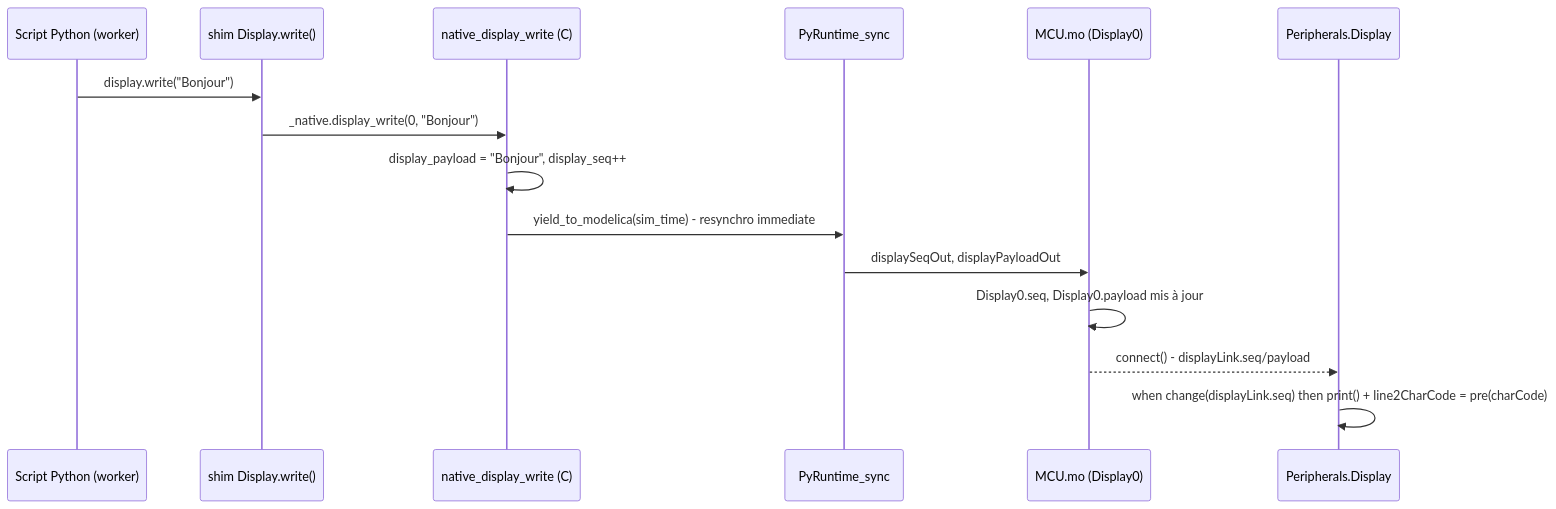
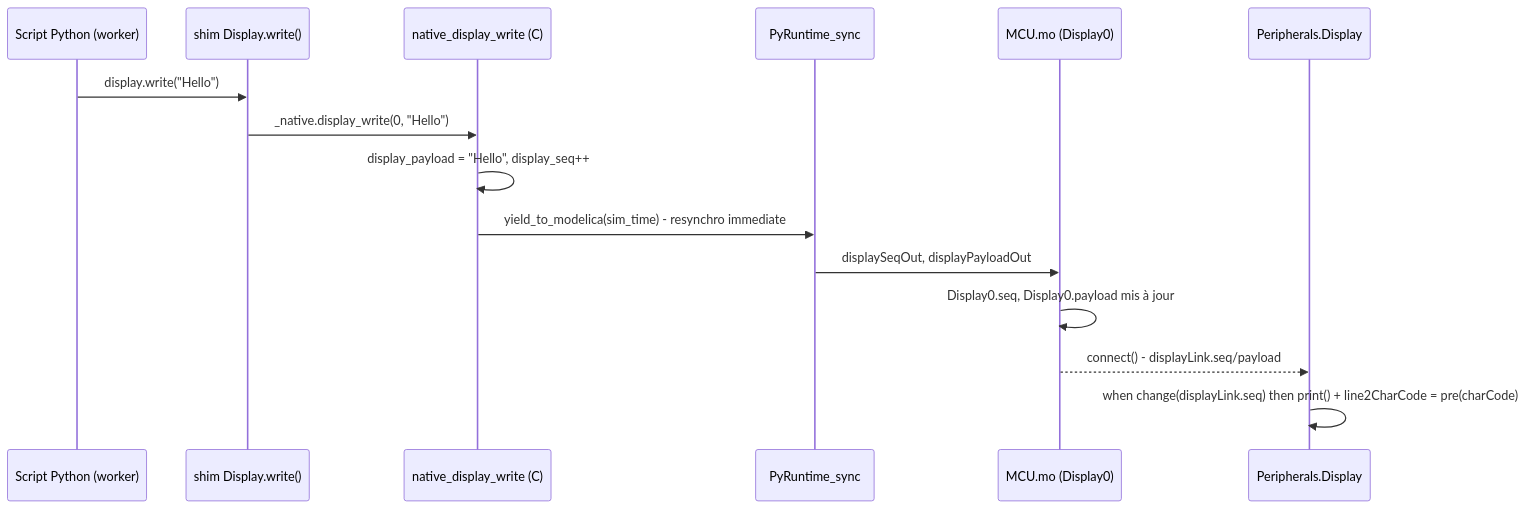
One commit to bdelaup/modelica_micropython changed the second of 2 diagrams in docs/fr/interne/display.md. Above: the diagram before and after it, drawn with Mermaid. The commit also changed other lines of this file and 164 other files, not shown here.

````diff
--- a/docs/fr/interne/display.md
+++ b/docs/fr/interne/display.md
@@ -40,18 +40,18 @@
 ```mermaid
 sequenceDiagram
     participant Script as Script Python (worker)
     participant Shim as shim Display.write()
     participant Native as native_display_write (C)
     participant Sync as PyRuntime_sync
     participant MCU as MCU.mo (Display0)
     participant Disp as Peripherals.Display
 
-    Script->>Shim: display.write("Bonjour")
-    Shim->>Native: _native.display_write(0, "Bonjour")
-    Native->>Native: display_payload = "Bonjour", display_seq++
+    Script->>Shim: display.write("Hello")
+    Shim->>Native: _native.display_write(0, "Hello")
+    Native->>Native: display_payload = "Hello", display_seq++
     Native->>Sync: yield_to_modelica(sim_time) - resynchro immediate
     Sync->>MCU: displaySeqOut, displayPayloadOut
     MCU->>MCU: Display0.seq, Display0.payload mis à jour
     MCU-->>Disp: connect() - displayLink.seq/payload
     Disp->>Disp: when change(displayLink.seq) then print() + line2CharCode = pre(charCode)
 ```
````
